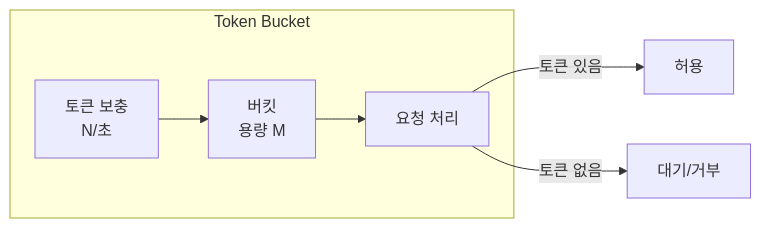
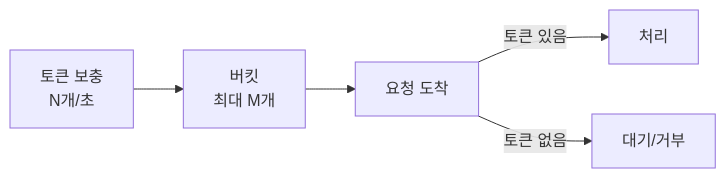
Before and after one commit to KimSeogyu/KimSeogyu.github.io: the sixth of 6 diagrams in src/content/backend/go/enterprise-go-6-resilient-communication.md, drawn with Mermaid. The commit also changed other lines of this file and 7 other files, not shown here.

````diff
--- a/src/content/backend/go/enterprise-go-6-resilient-communication.md
+++ b/src/content/backend/go/enterprise-go-6-resilient-communication.md
@@ -175,10 +147,8 @@
 ```mermaid
 graph LR
-    subgraph Token Bucket
-        FILL[토큰 보충<br/>N/초] --> BUCKET[버킷<br/>용량 M]
-        BUCKET --> REQ[요청 처리]
-    end
+    FILL["토큰 보충<br/>N개/초"] --> BUCKET["버킷<br/>최대 M개"]
+    BUCKET --> REQ["요청 도착"]
     
-    REQ -->|토큰 있음| OK[허용]
+    REQ -->|토큰 있음| OK[처리]
     REQ -->|토큰 없음| WAIT[대기/거부]
 ```
````
